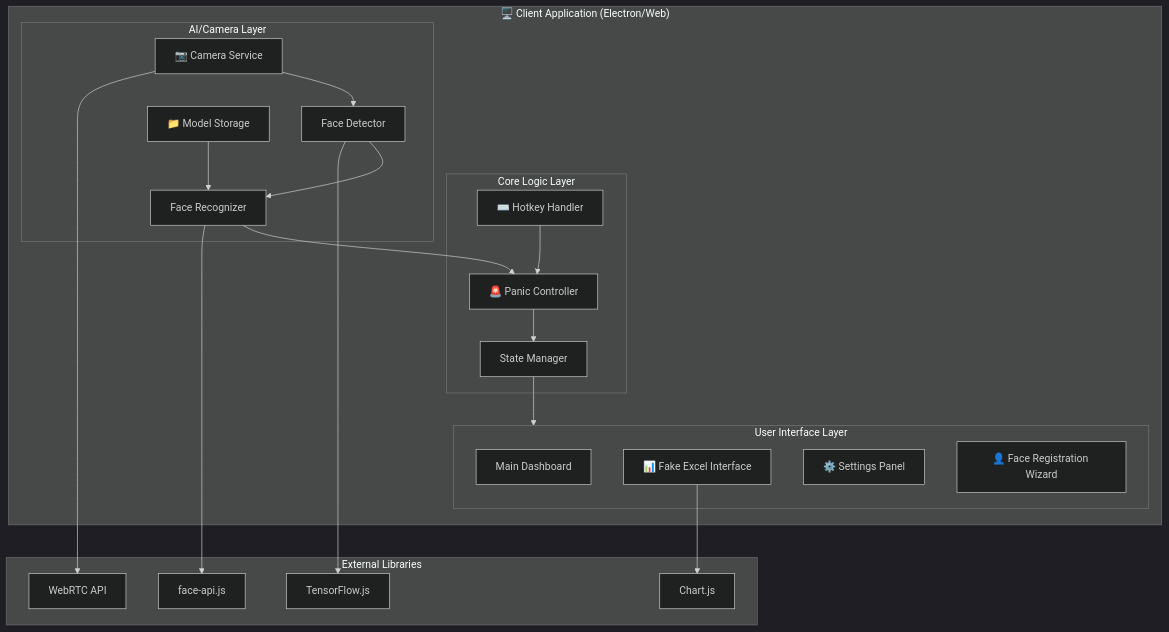
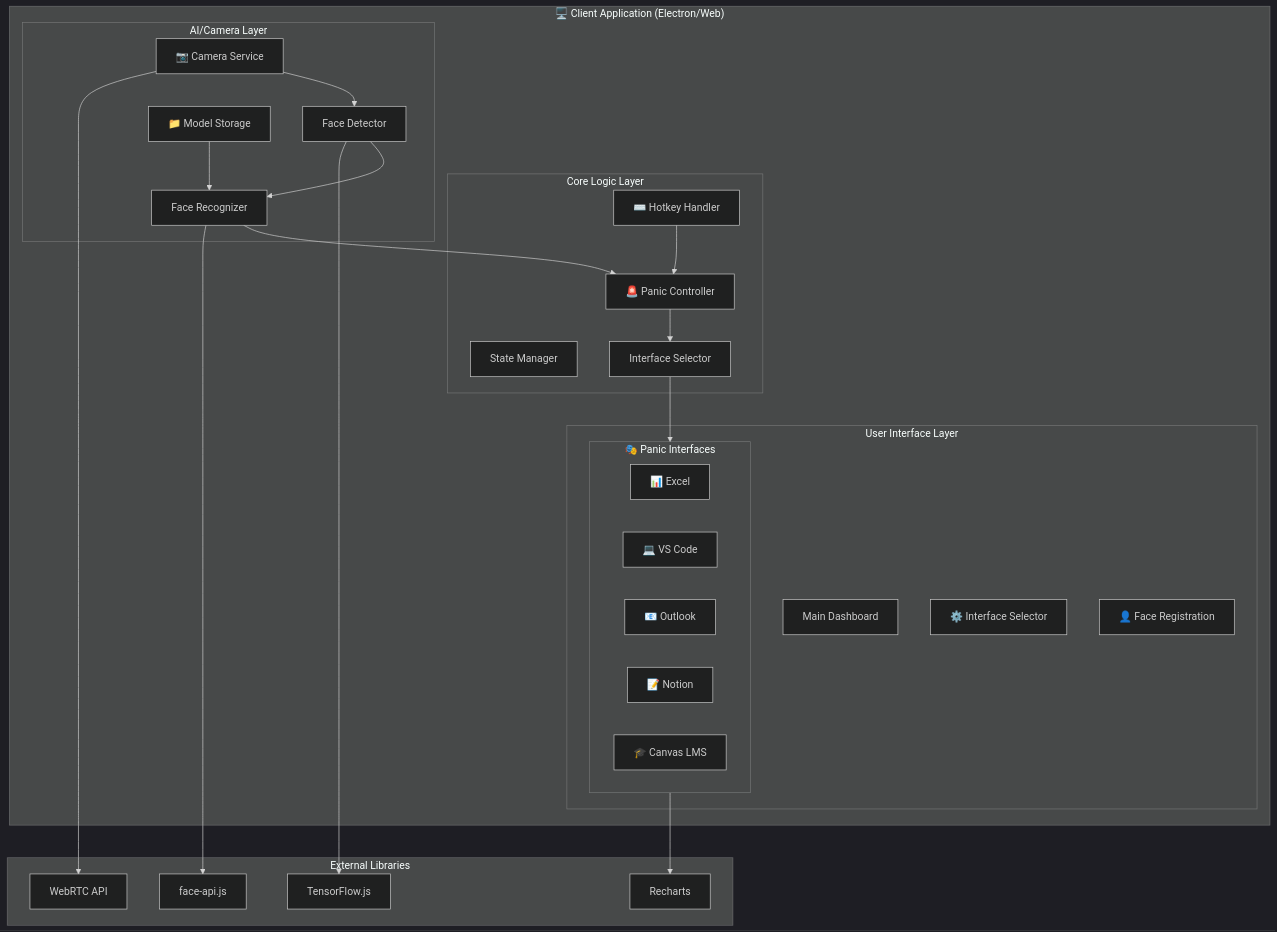
The first of 7 diagrams in ARCHITECTURE.md (Ducksss/panic-at-the-classroom), drawn with Mermaid (dark theme) before and after one commit. The commit also changed other lines of this file and 1 other file, not shown here.

Commit message:
feat: updated architecture diagram

````diff
--- a/ARCHITECTURE.md
+++ b/ARCHITECTURE.md
@@ -7,44 +7,51 @@
 ```mermaid
 flowchart TB
     subgraph Client["🖥️ Client Application (Electron/Web)"]
         subgraph UI["User Interface Layer"]
             MainView["Main Dashboard"]
-            ExcelView["📊 Fake Excel Interface"]
-            Settings["⚙️ Settings Panel"]
-            FaceReg["👤 Face Registration Wizard"]
+            subgraph PanicViews["🎭 Panic Interfaces"]
+                ExcelView["📊 Excel"]
+                VSCodeView["💻 VS Code"]
+                OutlookView["📧 Outlook"]
+                NotionView["📝 Notion"]
+                CanvasView["🎓 Canvas LMS"]
+            end
+            Settings["⚙️ Interface Selector"]
+            FaceReg["👤 Face Registration"]
         end
         
         subgraph Core["Core Logic Layer"]
             StateManager["State Manager"]
             PanicController["🚨 Panic Controller"]
             HotkeyHandler["⌨️ Hotkey Handler"]
+            InterfaceSelector["Interface Selector"]
         end
         
         subgraph AI["AI/Camera Layer"]
             CameraService["📷 Camera Service"]
             FaceDetector["Face Detector"]
             FaceRecognizer["Face Recognizer"]
             ModelStore["📁 Model Storage"]
         end
     end
     
     subgraph External["External Libraries"]
         TensorFlow["TensorFlow.js"]
         FaceAPI["face-api.js"]
-        ChartJS["Chart.js"]
+        Recharts["Recharts"]
         WebRTC["WebRTC API"]
     end
     
     CameraService --> WebRTC
     FaceDetector --> TensorFlow
     FaceRecognizer --> FaceAPI
-    ExcelView --> ChartJS
+    PanicViews --> Recharts
     
     CameraService --> FaceDetector
     FaceDetector --> FaceRecognizer
     FaceRecognizer --> PanicController
-    PanicController --> StateManager
-    StateManager --> UI
+    PanicController --> InterfaceSelector
+    InterfaceSelector --> PanicViews
     HotkeyHandler --> PanicController
     ModelStore --> FaceRecognizer
 ```
````
